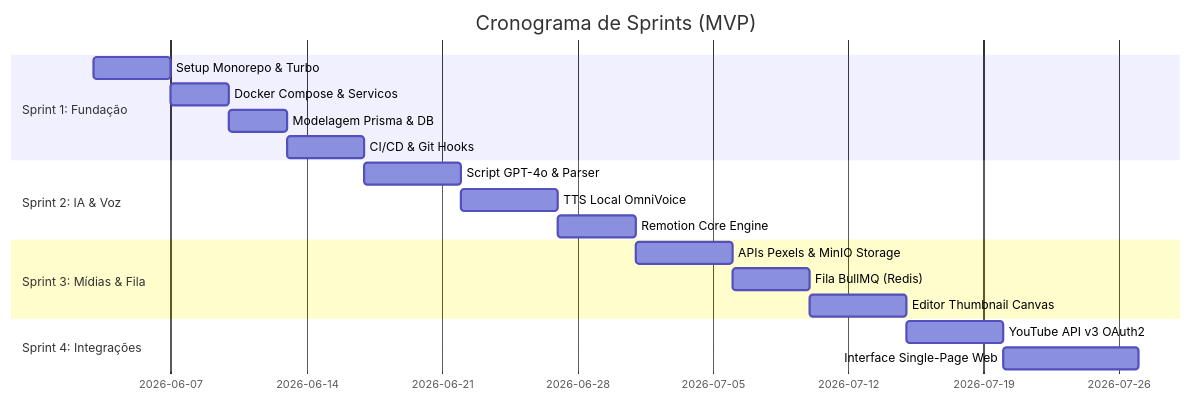
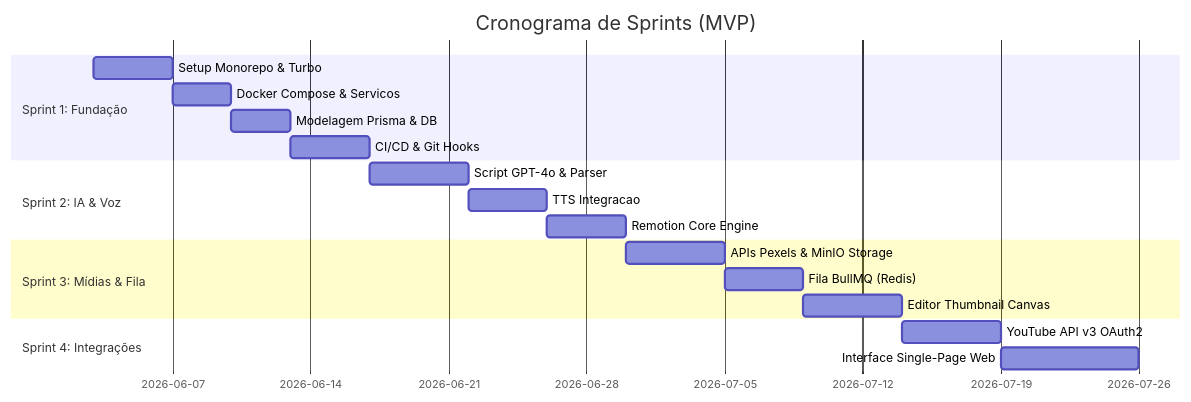
The diagram in backlog.md (juliolimacostavalladares/open-video-studio), drawn with Mermaid before and after one commit. The commit also changed other lines of this file, not shown here.

````diff
--- a/backlog.md
+++ b/backlog.md
@@ -9,21 +9,21 @@
 ```mermaid
 gantt
     title Cronograma de Sprints (MVP)
     dateFormat  YYYY-MM-DD
     section Sprint 1: Fundação
     Setup Monorepo & Turbo       :s1, 2026-06-03, 4d
     Docker Compose & Servicos    :s2, after s1, 3d
     Modelagem Prisma & DB        :s3, after s2, 3d
     CI/CD & Git Hooks            :s4, after s3, 4d
     section Sprint 2: IA & Voz
     Script GPT-4o & Parser       :s5, after s4, 5d
-    TTS Local OmniVoice          :s6, after s5, 5d
+    TTS Integracao               :s6, after s5, 4d
     Remotion Core Engine         :s7, after s6, 4d
     section Sprint 3: Mídias & Fila
     APIs Pexels & MinIO Storage  :s8, after s7, 5d
     Fila BullMQ (Redis)          :s9, after s8, 4d
     Editor Thumbnail Canvas      :s10, after s9, 5d
     section Sprint 4: Integrações
     YouTube API v3 OAuth2        :s11, after s10, 5d
     Interface Single-Page Web    :s12, after s11, 7d
 ```
````
